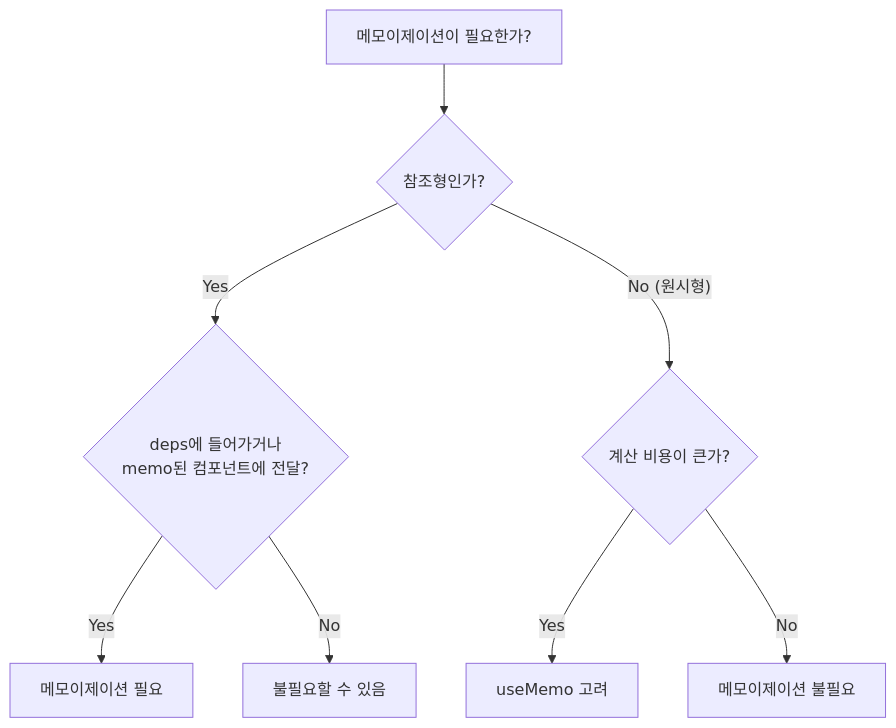
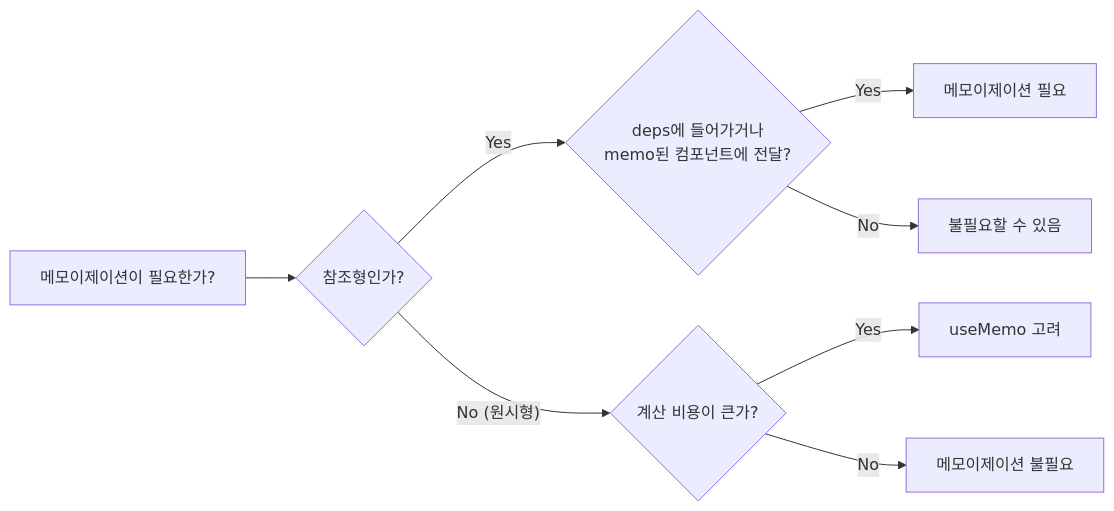
One commit to codefug/codefug.github.io changed diagram 19 of 19 in markdown/2026-01-18/ko/content.mdx. Above: the diagram before and after it, drawn with Mermaid. The commit also changed other lines of this file and 1 other file, not shown here.

````diff
--- a/markdown/2026-01-18/ko/content.mdx
+++ b/markdown/2026-01-18/ko/content.mdx
@@ -933,10 +1360,10 @@
 ```mermaid
-flowchart TD
+flowchart LR
     A["메모이제이션이 필요한가?"] --> B{"참조형인가?"}
     B -->|"Yes"| C{"deps에 들어가거나<br/>memo된 컴포넌트에 전달?"}
     C -->|"Yes"| D["메모이제이션 필요"]
     C -->|"No"| E["불필요할 수 있음"]
     B -->|"No (원시형)"| F{"계산 비용이 큰가?"}
     F -->|"Yes"| G["useMemo 고려"]
     F -->|"No"| H["메모이제이션 불필요"]
 ```
````
